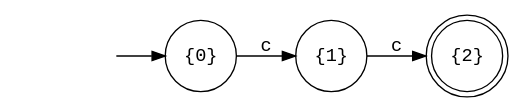
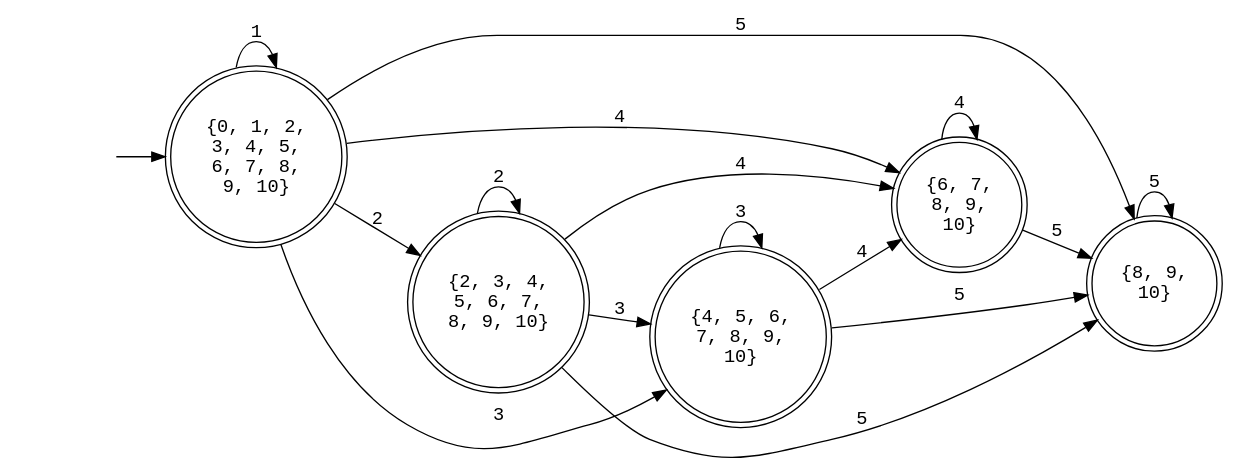
One commit to ladinu/cs321 changed the diagram in hw2/lexertour/dfa.dot. Above: the diagram before and after it, drawn with Graphviz. The commit also changed 22 other files, not shown here.

```diff
--- a/hw2/lexertour/dfa.dot
+++ b/hw2/lexertour/dfa.dot
@@ -1,12 +1,27 @@
 digraph Automaton {
 graph[rankdir=LR];
 node [fontname=Courier];
 edge [fontname=Courier];
 start[style=invis];
 start -> 0;
-0[label="{0}", shape=circle];
-0 -> 1[label="c"];
-1[label="{1}", shape=circle];
-1 -> 2[label="c"];
-2[label="{2}", shape=doublecircle];
+0[label="{0, 1, 2,\n3, 4, 5,\n6, 7, 8,\n9, 10}", shape=doublecircle];
+0 -> 1[label="5"];
+0 -> 2[label="4"];
+0 -> 3[label="3"];
+0 -> 4[label="2"];
+0 -> 0[label="1"];
+1[label="{8, 9,\n10}", shape=doublecircle];
+1 -> 1[label="5"];
+2[label="{6, 7,\n8, 9,\n10}", shape=doublecircle];
+2 -> 1[label="5"];
+2 -> 2[label="4"];
+3[label="{4, 5, 6,\n7, 8, 9,\n10}", shape=doublecircle];
+3 -> 1[label="5"];
+3 -> 2[label="4"];
+3 -> 3[label="3"];
+4[label="{2, 3, 4,\n5, 6, 7,\n8, 9, 10}", shape=doublecircle];
+4 -> 1[label="5"];
+4 -> 2[label="4"];
+4 -> 3[label="3"];
+4 -> 4[label="2"];
 }
```
